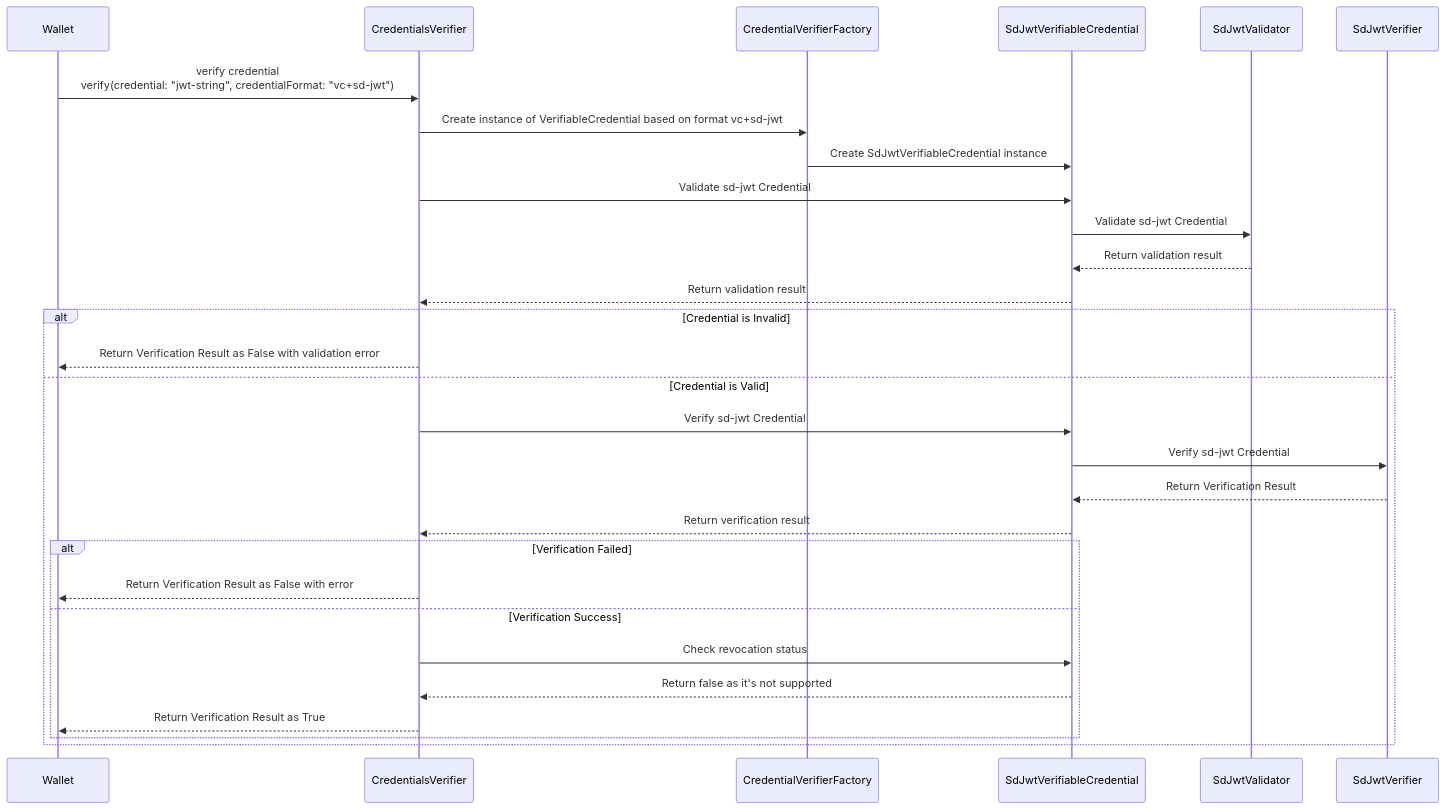
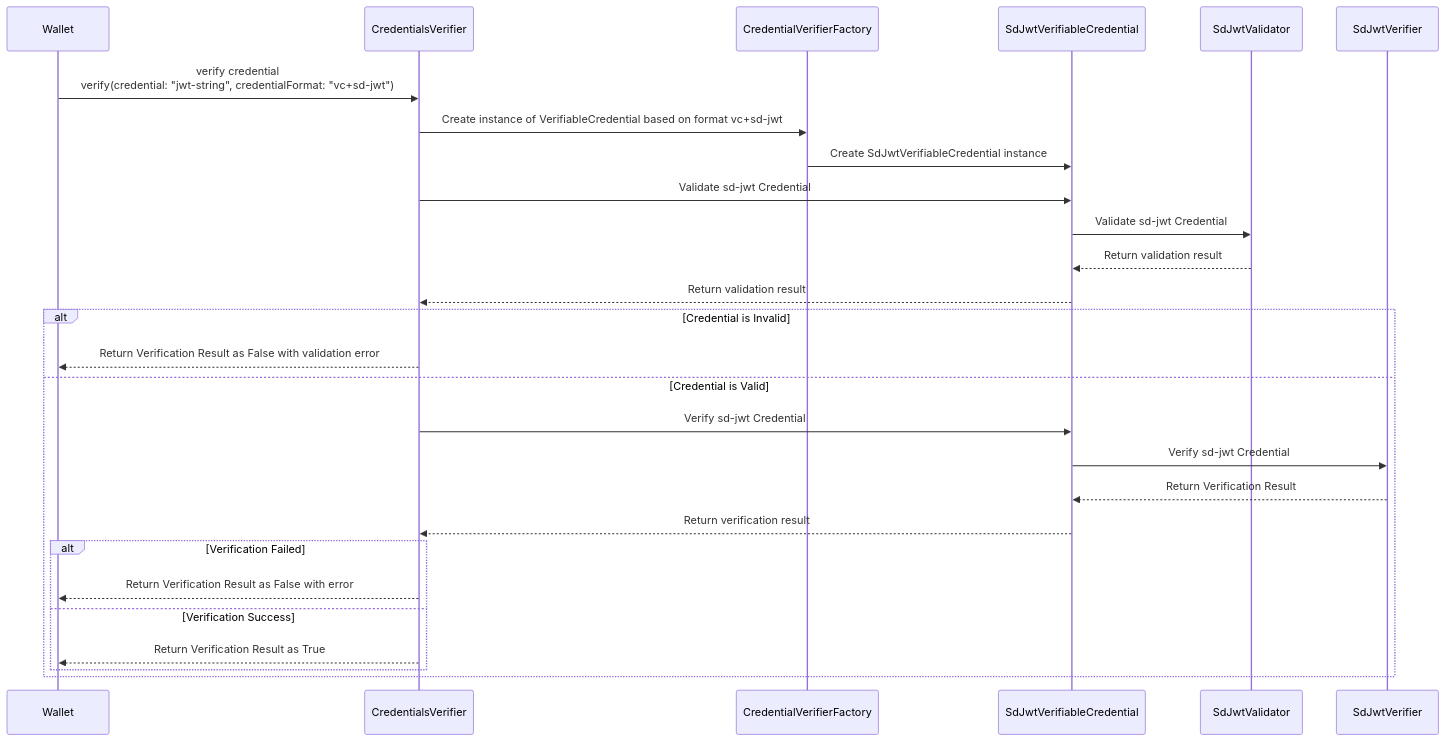
One commit to mosip/vc-verifier changed the first of 3 diagrams in doc/sdjwt-vc-verification-support.md. Above: the diagram before and after it, drawn with Mermaid. The commit also changed other lines of this file, not shown here.

Commit message:
[INJIMOB-3518] - Update sd-jwt vc-support doc to include IETF sd-jwt vc formats

````diff
--- a/doc/sdjwt-vc-verification-support.md
+++ b/doc/sdjwt-vc-verification-support.md
@@ -35,27 +35,25 @@
 ```mermaid
 sequenceDiagram
    Wallet->>CredentialsVerifier: verify credential<br/>verify(credential: "jwt-string", credentialFormat: "vc+sd-jwt")
    CredentialsVerifier->>CredentialVerifierFactory: Create instance of VerifiableCredential based on format vc+sd-jwt
    CredentialVerifierFactory->>SdJwtVerifiableCredential: Create SdJwtVerifiableCredential instance
    CredentialsVerifier->>SdJwtVerifiableCredential: Validate sd-jwt Credential
    SdJwtVerifiableCredential->>SdJwtValidator: Validate sd-jwt Credential
    SdJwtValidator-->>SdJwtVerifiableCredential: Return validation result
    SdJwtVerifiableCredential-->>CredentialsVerifier: Return validation result
    
    alt Credential is Invalid
       CredentialsVerifier-->>Wallet: Return Verification Result as False with validation error
    else Credential is Valid
       CredentialsVerifier->>SdJwtVerifiableCredential: Verify sd-jwt Credential
       SdJwtVerifiableCredential->>SdJwtVerifier: Verify sd-jwt Credential
       SdJwtVerifier-->>SdJwtVerifiableCredential: Return Verification Result
       SdJwtVerifiableCredential-->>CredentialsVerifier: Return verification result
       
       alt Verification Failed
          CredentialsVerifier-->>Wallet: Return Verification Result as False with error
       else Verification Success
-         CredentialsVerifier->>SdJwtVerifiableCredential: Check revocation status
-         SdJwtVerifiableCredential-->>CredentialsVerifier: Return false as it's not supported
          CredentialsVerifier-->>Wallet: Return Verification Result as True
       end
    end
 ```
````
